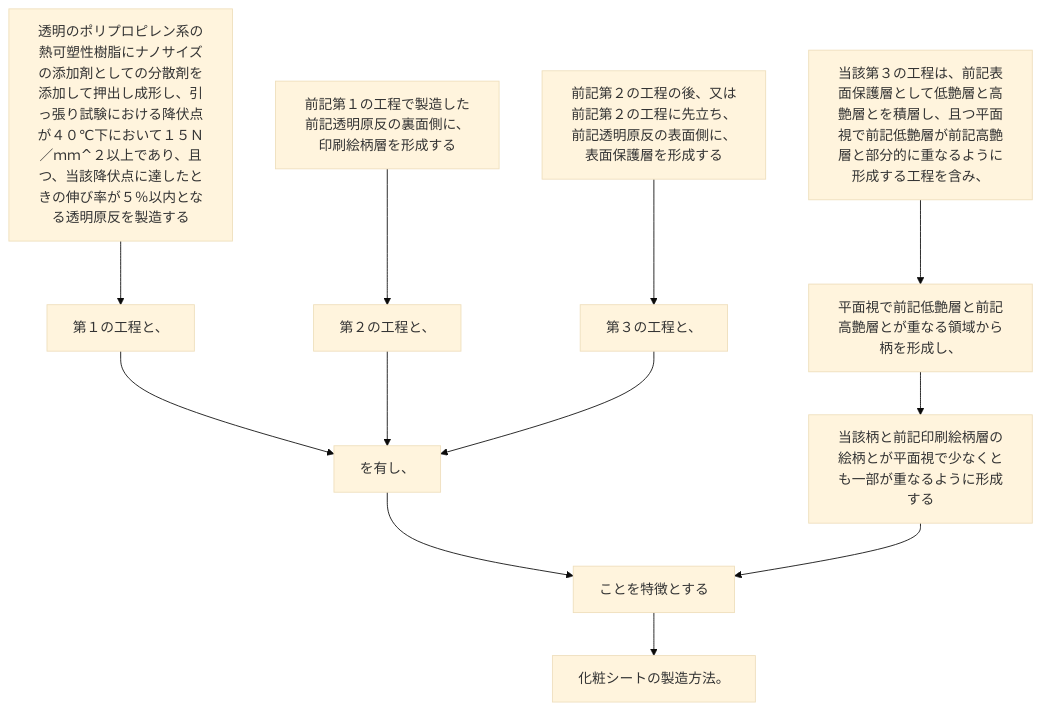
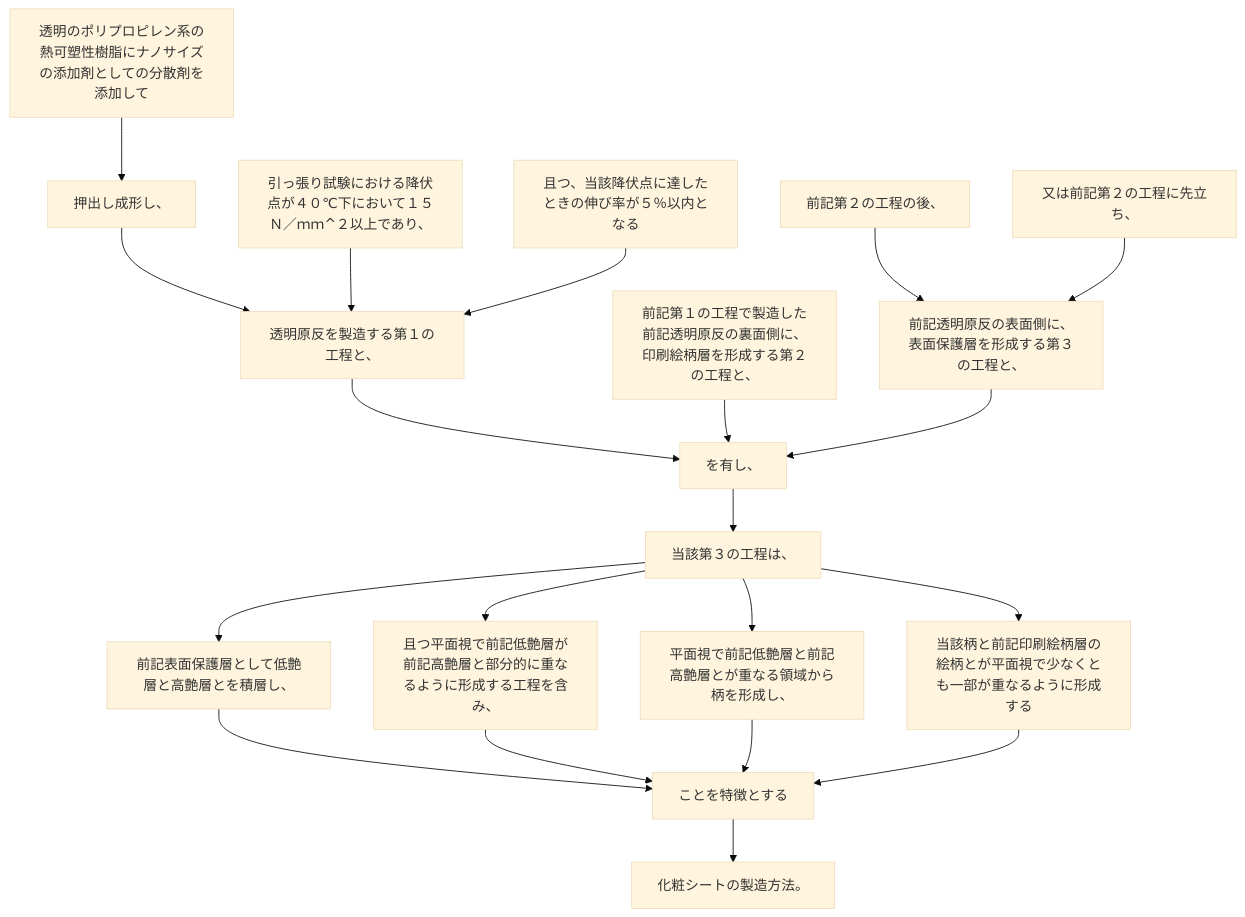
The diagram in 2024/JP2024006643A/claim_9/README.md (shinmori55/patent_analyzed), drawn with Mermaid (base theme) before and after one commit. The commit also changed 31 other files, not shown here.

````diff
--- a/2024/JP2024006643A/claim_9/README.md
+++ b/2024/JP2024006643A/claim_9/README.md
@@ -7,26 +7,39 @@
 ```mermaid
 flowchart TD
-A[透明のポリプロピレン系の熱可塑性樹脂にナノサイズの添加剤としての分散剤を添加して押出し成形し、引っ張り試験における降伏点が４０℃下において１５Ｎ／ｍｍ^２以上であり、且つ、当該降伏点に達したときの伸び率が５％以内となる透明原反を製造する]
-B[第１の工程と、]
-C[前記第１の工程で製造した前記透明原反の裏面側に、印刷絵柄層を形成する]
-D[第２の工程と、]
-E[前記第２の工程の後、又は前記第２の工程に先立ち、前記透明原反の表面側に、表面保護層を形成する]
-F[第３の工程と、]
-G[を有し、]
-H[当該第３の工程は、前記表面保護層として低艶層と高艶層とを積層し、且つ平面視で前記低艶層が前記高艶層と部分的に重なるように形成する工程を含み、]
-I[平面視で前記低艶層と前記高艶層とが重なる領域から柄を形成し、]
-J[当該柄と前記印刷絵柄層の絵柄とが平面視で少なくとも一部が重なるように形成する]
-K[ことを特徴とする]
-L[化粧シートの製造方法。]
+A[透明のポリプロピレン系の熱可塑性樹脂にナノサイズの添加剤としての分散剤を添加して]
+B[押出し成形し、]
+C[引っ張り試験における降伏点が４０℃下において１５Ｎ／ｍｍ^２以上であり、]
+D[且つ、当該降伏点に達したときの伸び率が５％以内となる]
+E[透明原反を製造する第１の工程と、]
+F[前記第１の工程で製造した前記透明原反の裏面側に、印刷絵柄層を形成する第２の工程と、]
+G[前記第２の工程の後、]
+H[又は前記第２の工程に先立ち、]
+I[前記透明原反の表面側に、表面保護層を形成する第３の工程と、]
+J[を有し、]
+K[当該第３の工程は、]
+L[前記表面保護層として低艶層と高艶層とを積層し、]
+M[且つ平面視で前記低艶層が前記高艶層と部分的に重なるように形成する工程を含み、]
+N[平面視で前記低艶層と前記高艶層とが重なる領域から柄を形成し、]
+O[当該柄と前記印刷絵柄層の絵柄とが平面視で少なくとも一部が重なるように形成する]
+P[ことを特徴とする]
+Q[化粧シートの製造方法。]
 A --> B
-C --> D
-E --> F
-B --> G
-D --> G
-F --> G
-G --> K
+B --> E
+C --> E
+D --> E
+E --> J
+F --> J
+G --> I
 H --> I
 I --> J
 J --> K
 K --> L
+K --> M
+K --> N
+K --> O
+L --> P
+M --> P
+N --> P
+O --> P
+P --> Q
 ```
````
